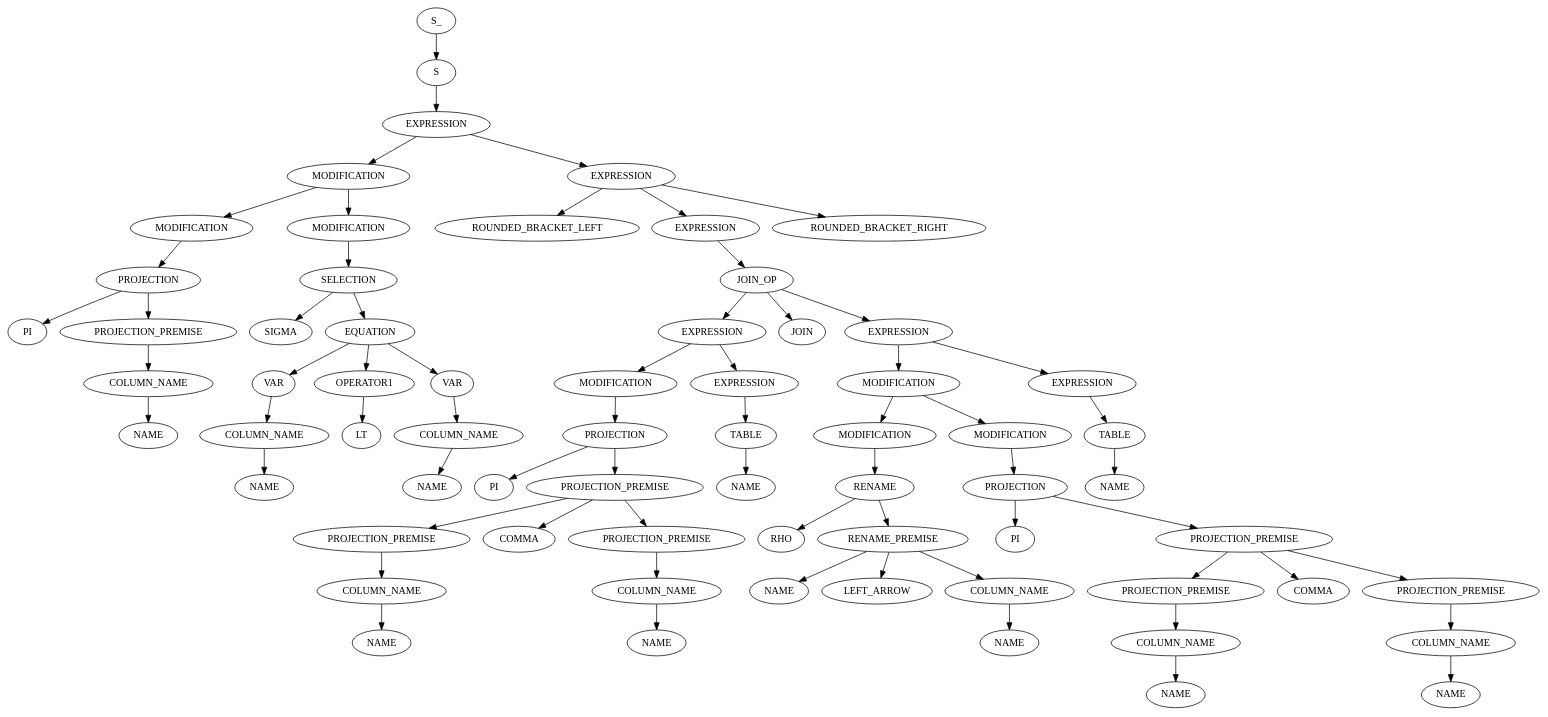
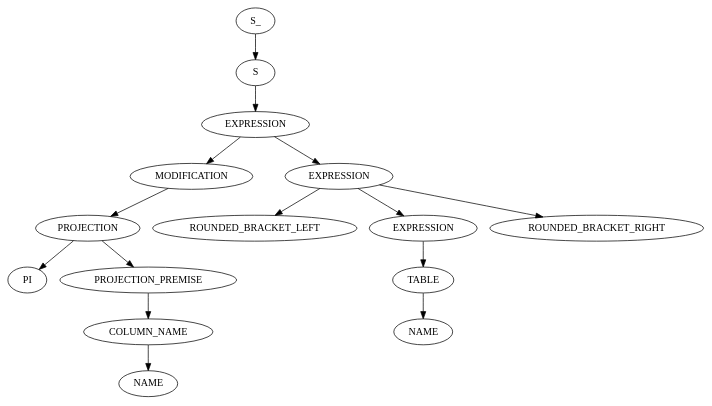
One commit to RobbeNooyens/RATSQL changed the diagram in output/out.dot. Above: the diagram before and after it, drawn with Graphviz. The commit also changed 4 other files, not shown here.

```diff
--- a/output/out.dot
+++ b/output/out.dot
@@ -1,135 +1,31 @@
 digraph ParseTree {
   0 [label="S_"];
   0 -> 1
   1 [label="S"];
   1 -> 2
   2 [label="EXPRESSION"];
   2 -> 3
   3 [label="MODIFICATION"];
   3 -> 4
-  4 [label="MODIFICATION"];
+  4 [label="PROJECTION"];
   4 -> 5
-  5 [label="PROJECTION"];
-  5 -> 6
-  6 [label="PI"];
-  5 -> 7
-  7 [label="PROJECTION_PREMISE"];
+  5 [label="PI"];
+  4 -> 6
+  6 [label="PROJECTION_PREMISE"];
+  6 -> 7
+  7 [label="COLUMN_NAME"];
   7 -> 8
-  8 [label="COLUMN_NAME"];
-  8 -> 9
-  9 [label="NAME"];
-  3 -> 10
-  10 [label="MODIFICATION"];
-  10 -> 11
-  11 [label="SELECTION"];
+  8 [label="NAME"];
+  2 -> 9
+  9 [label="EXPRESSION"];
+  9 -> 10
+  10 [label="ROUNDED_BRACKET_LEFT"];
+  9 -> 11
+  11 [label="EXPRESSION"];
   11 -> 12
-  12 [label="SIGMA"];
-  11 -> 13
-  13 [label="EQUATION"];
-  13 -> 14
-  14 [label="VAR"];
-  14 -> 15
-  15 [label="COLUMN_NAME"];
-  15 -> 16
-  16 [label="NAME"];
-  13 -> 17
-  17 [label="OPERATOR1"];
-  17 -> 18
-  18 [label="LT"];
-  13 -> 19
-  19 [label="VAR"];
-  19 -> 20
-  20 [label="COLUMN_NAME"];
-  20 -> 21
-  21 [label="NAME"];
-  2 -> 22
-  22 [label="EXPRESSION"];
-  22 -> 23
-  23 [label="ROUNDED_BRACKET_LEFT"];
-  22 -> 24
-  24 [label="EXPRESSION"];
-  24 -> 25
-  25 [label="JOIN_OP"];
-  25 -> 26
-  26 [label="EXPRESSION"];
-  26 -> 27
-  27 [label="MODIFICATION"];
-  27 -> 28
-  28 [label="PROJECTION"];
-  28 -> 29
-  29 [label="PI"];
-  28 -> 30
-  30 [label="PROJECTION_PREMISE"];
-  30 -> 31
-  31 [label="PROJECTION_PREMISE"];
-  31 -> 32
-  32 [label="COLUMN_NAME"];
-  32 -> 33
-  33 [label="NAME"];
-  30 -> 34
-  34 [label="COMMA"];
-  30 -> 35
-  35 [label="PROJECTION_PREMISE"];
-  35 -> 36
-  36 [label="COLUMN_NAME"];
-  36 -> 37
-  37 [label="NAME"];
-  26 -> 38
-  38 [label="EXPRESSION"];
-  38 -> 39
-  39 [label="TABLE"];
-  39 -> 40
-  40 [label="NAME"];
-  25 -> 41
-  41 [label="JOIN"];
-  25 -> 42
-  42 [label="EXPRESSION"];
-  42 -> 43
-  43 [label="MODIFICATION"];
-  43 -> 44
-  44 [label="MODIFICATION"];
-  44 -> 45
-  45 [label="RENAME"];
-  45 -> 46
-  46 [label="RHO"];
-  45 -> 47
-  47 [label="RENAME_PREMISE"];
-  47 -> 48
-  48 [label="NAME"];
-  47 -> 49
-  49 [label="LEFT_ARROW"];
-  47 -> 50
-  50 [label="COLUMN_NAME"];
-  50 -> 51
-  51 [label="NAME"];
-  43 -> 52
-  52 [label="MODIFICATION"];
-  52 -> 53
-  53 [label="PROJECTION"];
-  53 -> 54
-  54 [label="PI"];
-  53 -> 55
-  55 [label="PROJECTION_PREMISE"];
-  55 -> 56
-  56 [label="PROJECTION_PREMISE"];
-  56 -> 57
-  57 [label="COLUMN_NAME"];
-  57 -> 58
-  58 [label="NAME"];
-  55 -> 59
-  59 [label="COMMA"];
-  55 -> 60
-  60 [label="PROJECTION_PREMISE"];
-  60 -> 61
-  61 [label="COLUMN_NAME"];
-  61 -> 62
-  62 [label="NAME"];
-  42 -> 63
-  63 [label="EXPRESSION"];
-  63 -> 64
-  64 [label="TABLE"];
-  64 -> 65
-  65 [label="NAME"];
-  22 -> 66
-  66 [label="ROUNDED_BRACKET_RIGHT"];
+  12 [label="TABLE"];
+  12 -> 13
+  13 [label="NAME"];
+  9 -> 14
+  14 [label="ROUNDED_BRACKET_RIGHT"];
 }
```
